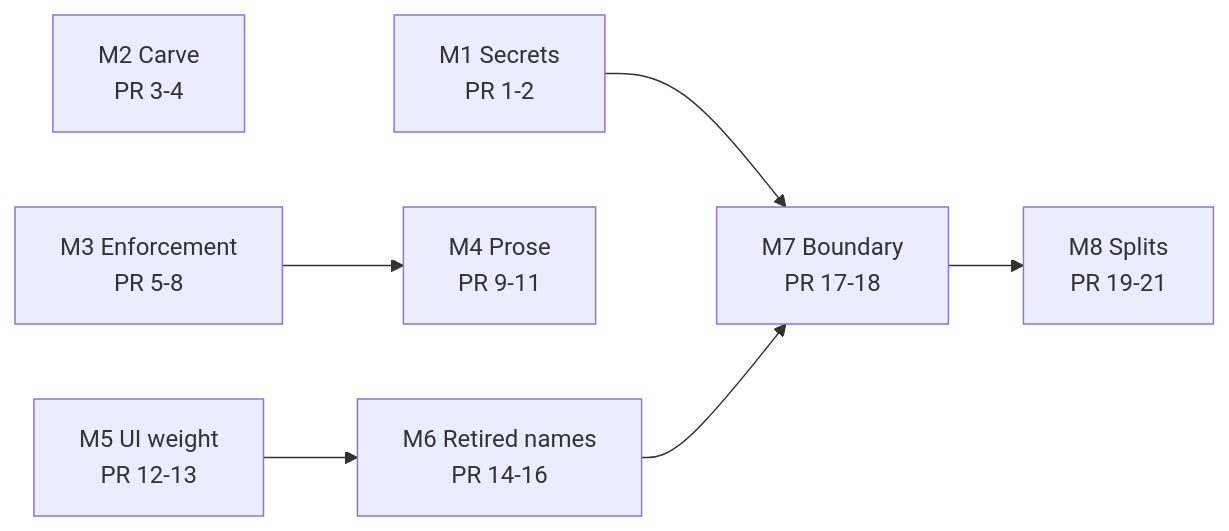
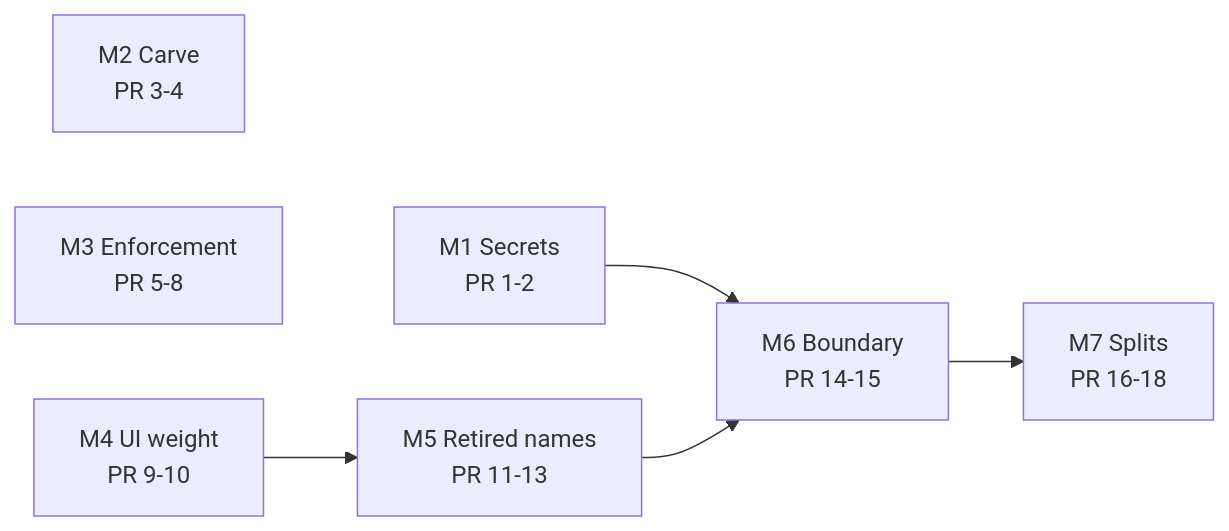
Before and after one commit to sibling-shipyard/coach-hq: the diagram in docs/plans/repo-hygiene-sweep.md, drawn with Mermaid. The commit also changed other lines of this file and 1 other file, not shown here.

First line of the commit message:
core: narrow carve fix to badminton doc, move prose PRs to #1249 (#901)

````diff
--- a/docs/plans/repo-hygiene-sweep.md
+++ b/docs/plans/repo-hygiene-sweep.md
@@ -20,9 +20,9 @@
 ```mermaid
 graph LR
-  M1["M1 Secrets<br/>PR 1-2"] --> M7["M7 Boundary<br/>PR 17-18"]
+  M1["M1 Secrets<br/>PR 1-2"] --> M6["M6 Boundary<br/>PR 14-15"]
   M2["M2 Carve<br/>PR 3-4"]
-  M3["M3 Enforcement<br/>PR 5-8"] --> M4["M4 Prose<br/>PR 9-11"]
-  M5["M5 UI weight<br/>PR 12-13"] --> M6["M6 Retired names<br/>PR 14-16"]
-  M6 --> M7
-  M7 --> M8["M8 Splits<br/>PR 19-21"]
+  M3["M3 Enforcement<br/>PR 5-8"]
+  M4["M4 UI weight<br/>PR 9-10"] --> M5["M5 Retired names<br/>PR 11-13"]
+  M5 --> M6
+  M6 --> M7["M7 Splits<br/>PR 16-18"]
 ```
````
